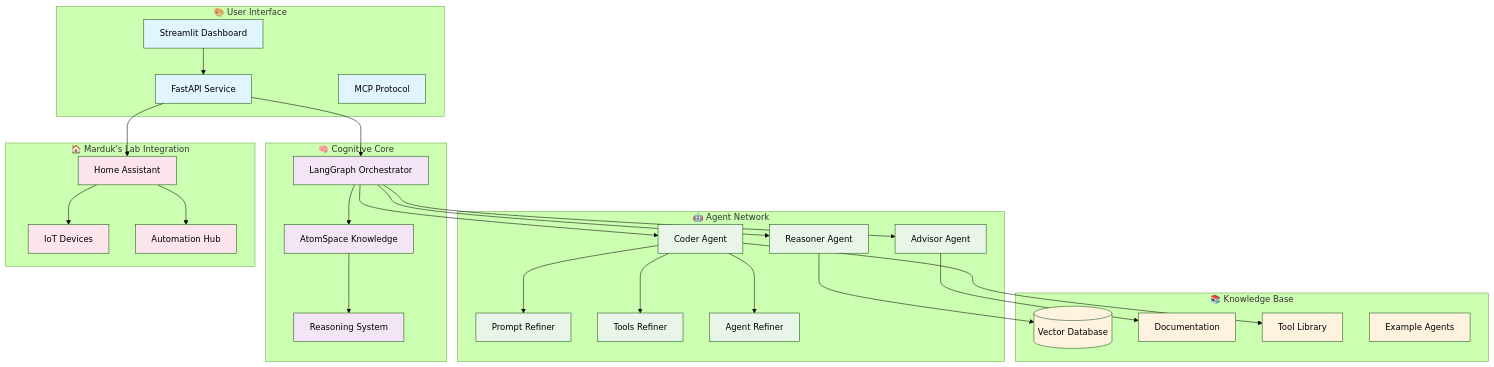
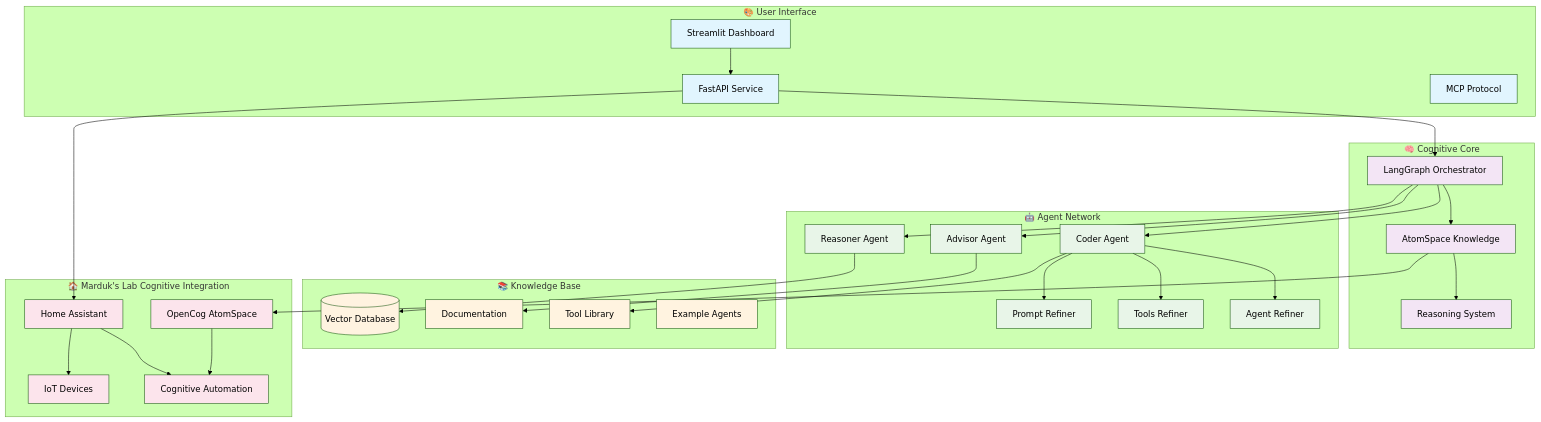
Before and after one commit to EchoCog/Archon: the first of 12 diagrams in README.md, drawn with Mermaid (forest theme). The commit also changed other lines of this file and 1 other file, not shown here.

Commit message:
Update documentation to reflect OpenCog integration with Marduk's Lab

````diff
--- a/README.md
+++ b/README.md
@@ -20,69 +20,72 @@
 ```mermaid
 graph TB
     subgraph "🎨 User Interface"
         UI[Streamlit Dashboard]
         API[FastAPI Service]
         MCP[MCP Protocol]
     end
     
     subgraph "🧠 Cognitive Core"
         LG[LangGraph Orchestrator]
         AS[AtomSpace Knowledge]
         RS[Reasoning System]
     end
     
     subgraph "🤖 Agent Network"
         RA[Reasoner Agent]
         AA[Advisor Agent]
         CA[Coder Agent]
         PR[Prompt Refiner]
         TR[Tools Refiner]
         AR[Agent Refiner]
     end
     
     subgraph "📚 Knowledge Base"
         VDB[(Vector Database)]
         DOC[Documentation]
         TL[Tool Library]
         EX[Example Agents]
     end
     
-    subgraph "🏠 Marduk's Lab Integration"
+    subgraph "🏠 Marduk's Lab Cognitive Integration"
         HA[Home Assistant]
         IOT[IoT Devices]
-        AUTO[Automation Hub]
+        AUTO[Cognitive Automation]
+        OPENCOG[OpenCog AtomSpace]
     end
     
     UI --> API
     API --> LG
     LG --> AS
     AS --> RS
     
     LG --> RA
     LG --> AA
     LG --> CA
     
     CA --> PR
     CA --> TR
     CA --> AR
     
     RA --> VDB
     AA --> DOC
     CA --> TL
     
     API --> HA
     HA --> IOT
     HA --> AUTO
+    AS --> OPENCOG
+    OPENCOG --> AUTO
     
     classDef interface fill:#e1f5fe
     classDef cognitive fill:#f3e5f5
     classDef agents fill:#e8f5e8
     classDef knowledge fill:#fff3e0
     classDef integration fill:#fce4ec
     
     class UI,API,MCP interface
     class LG,AS,RS cognitive
     class RA,AA,CA,PR,TR,AR agents
     class VDB,DOC,TL,EX knowledge
-    class HA,IOT,AUTO integration
+    class HA,IOT,AUTO,OPENCOG integration
 ```
````
